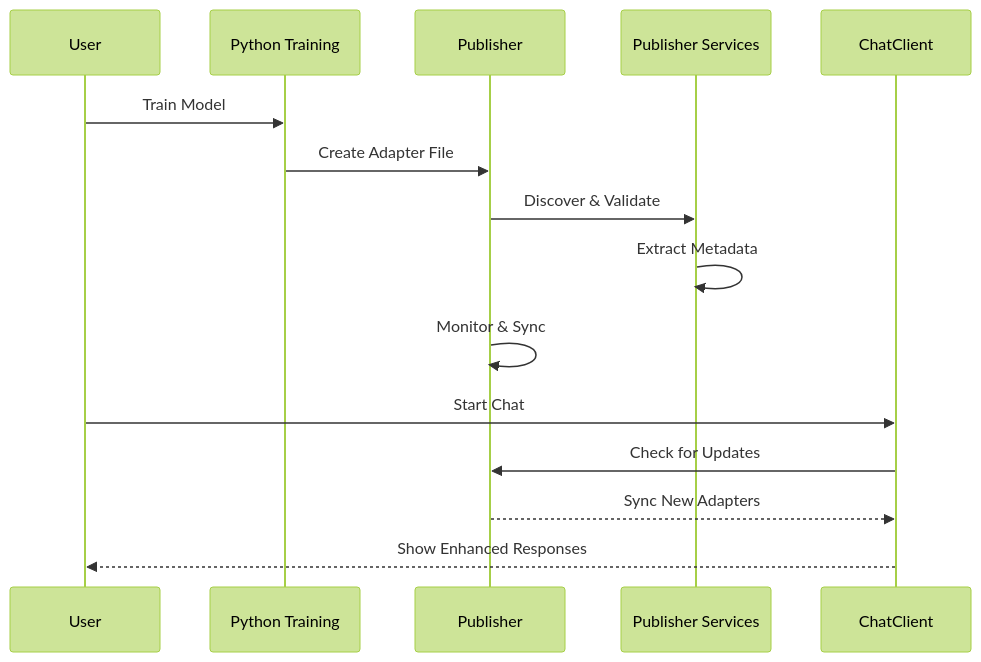
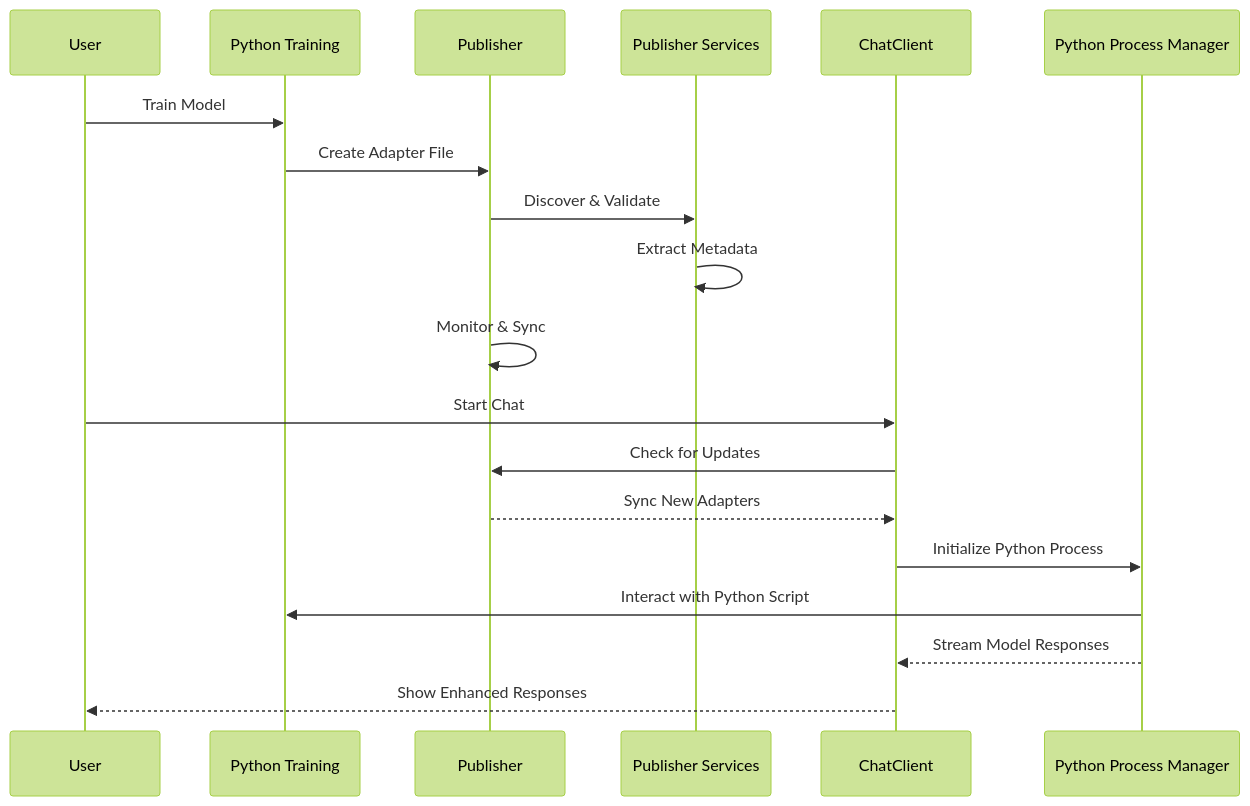
Before and after one commit to gsinghjay/LLMAdapterClient: the second of 2 diagrams in README.md, drawn with Mermaid (forest theme). The commit also changed other lines of this file, not shown here.

Commit message:
docs(readme): update documentation to include Python Process Manager implementation

````diff
--- a/README.md
+++ b/README.md
@@ -177,19 +224,23 @@
 ```mermaid
 sequenceDiagram
     participant User
     participant Training as Python Training
     participant Publisher
     participant Services as Publisher Services
     participant ChatClient
+    participant PythonMgr as Python Process Manager
     
     User->>Training: Train Model
     Training->>Publisher: Create Adapter File
     Publisher->>Services: Discover & Validate
     Services->>Services: Extract Metadata
     Publisher->>Publisher: Monitor & Sync
     
     User->>ChatClient: Start Chat
     ChatClient->>Publisher: Check for Updates
     Publisher-->>ChatClient: Sync New Adapters
+    ChatClient->>PythonMgr: Initialize Python Process
+    PythonMgr->>Training: Interact with Python Script
+    PythonMgr-->>ChatClient: Stream Model Responses
     ChatClient-->>User: Show Enhanced Responses
 ```
````
